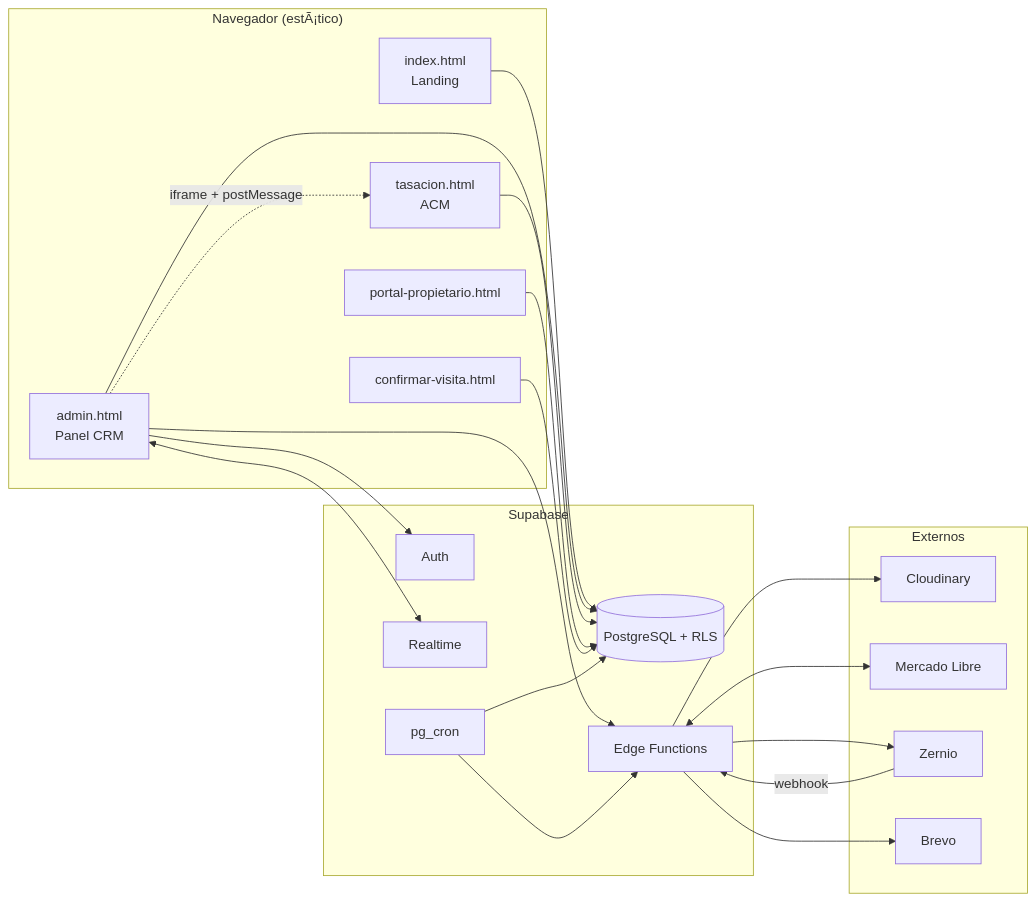
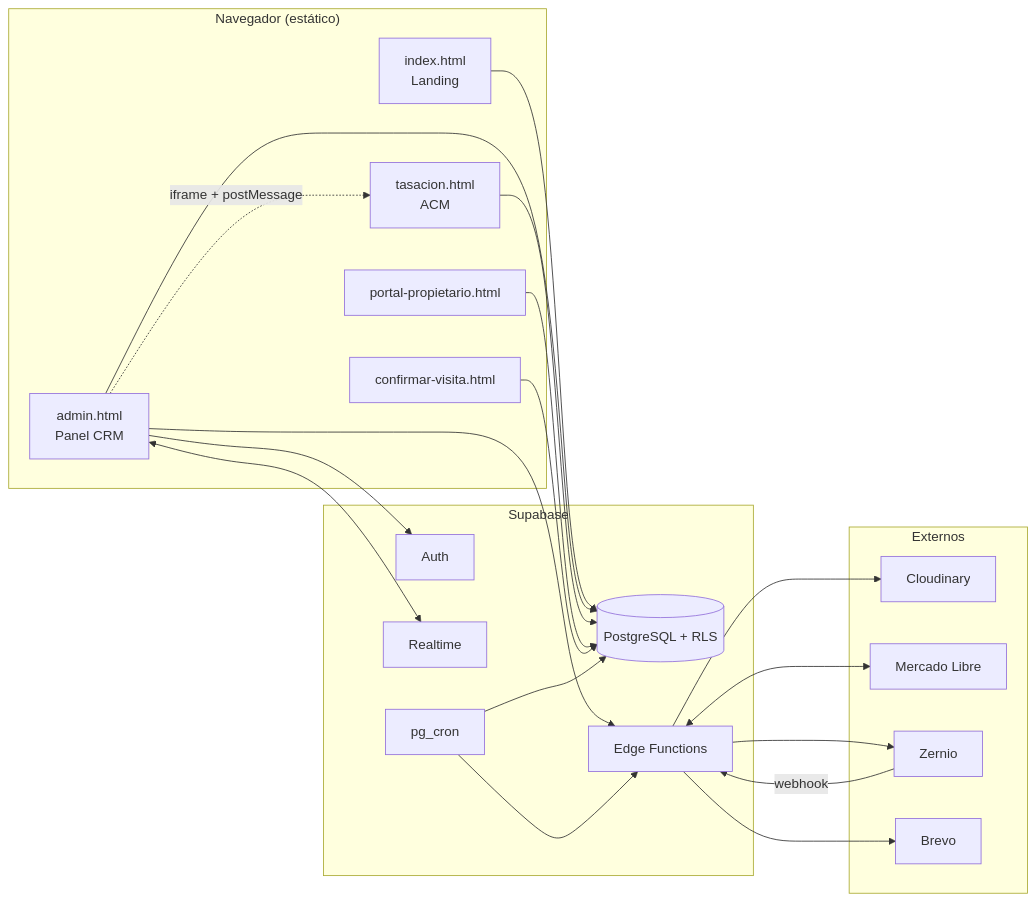
Before and after one commit to facuherrera23/BH-OFICIAL: the first of 4 diagrams in README.md, drawn with Mermaid. The commit also changed other lines of this file, not shown here.

````diff
--- a/README.md
+++ b/README.md
@@ -156,43 +153,43 @@
 ```mermaid
 flowchart LR
-    subgraph Cliente["Navegador (estÃ¡tico)"]
+    subgraph Cliente["Navegador (estático)"]
         L[index.html<br/>Landing]
         A[admin.html<br/>Panel CRM]
         T[tasacion.html<br/>ACM]
         P[portal-propietario.html]
         V[confirmar-visita.html]
     end
 
     subgraph Supabase
         AUTH[Auth]
         DB[(PostgreSQL + RLS)]
         RT[Realtime]
         EF[Edge Functions]
         CRON[pg_cron]
     end
 
     subgraph Externos
         CLD[Cloudinary]
         ML[Mercado Libre]
         ZN[Zernio]
         BR[Brevo]
     end
 
     L --> DB
     A --> AUTH
     A --> DB
     A <--> RT
     A --> EF
     A -. iframe + postMessage .-> T
     T --> DB
     P --> DB
     V --> DB
 
     EF --> CLD
     EF <--> ML
     ZN -- webhook --> EF
     EF --> ZN
     EF --> BR
     CRON --> EF
     CRON --> DB
 ```
````
